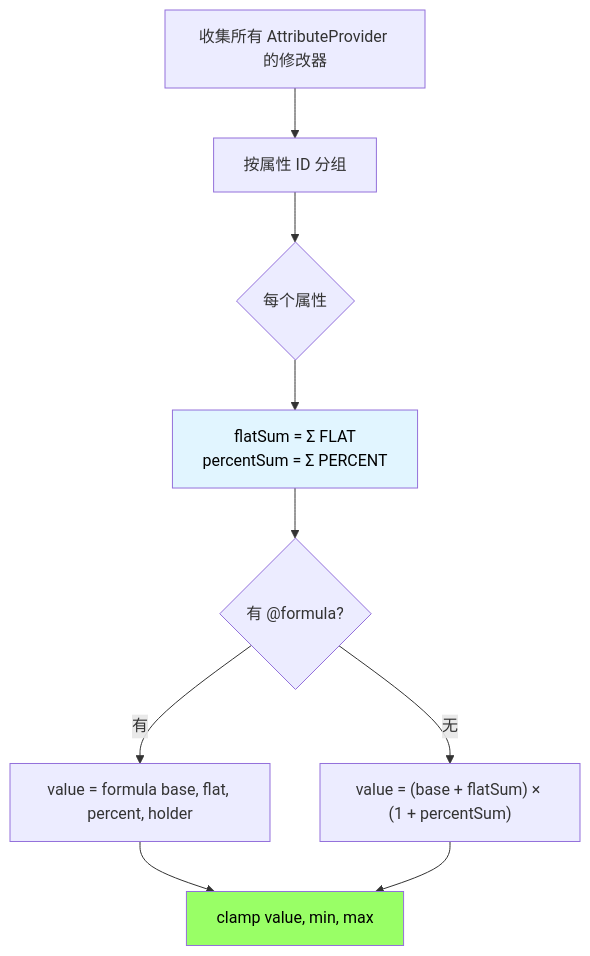
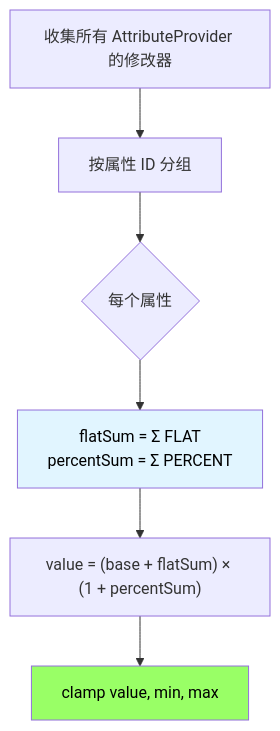
One commit to 17Artist/Symphony changed the second of 3 diagrams in doc/docs/design/02-attribute-system.md. Above: the diagram before and after it, drawn with Mermaid. The commit also changed other lines of this file and 40 other files, not shown here.

````diff
--- a/doc/docs/design/02-attribute-system.md
+++ b/doc/docs/design/02-attribute-system.md
@@ -251,18 +233,14 @@
 ```mermaid
 flowchart TD
     Collect[收集所有 AttributeProvider 的修改器]
     Group[按属性 ID 分组]
     Loop{每个属性}
     Sum[flatSum = Σ FLAT<br/>percentSum = Σ PERCENT]
-    Custom{有 @formula?}
-    F1[value = formula base, flat, percent, holder]
-    F2["value = (base + flatSum) × (1 + percentSum)"]
+    Calc["value = (base + flatSum) × (1 + percentSum)"]
     Clamp[clamp value, min, max]
 
-    Collect --> Group --> Loop --> Sum --> Custom
-    Custom -- 有 --> F1 --> Clamp
-    Custom -- 无 --> F2 --> Clamp
+    Collect --> Group --> Loop --> Sum --> Calc --> Clamp
 
     style Sum fill:#e1f5ff,color:#000
     style Clamp fill:#9f6,color:#000
 ```
````
